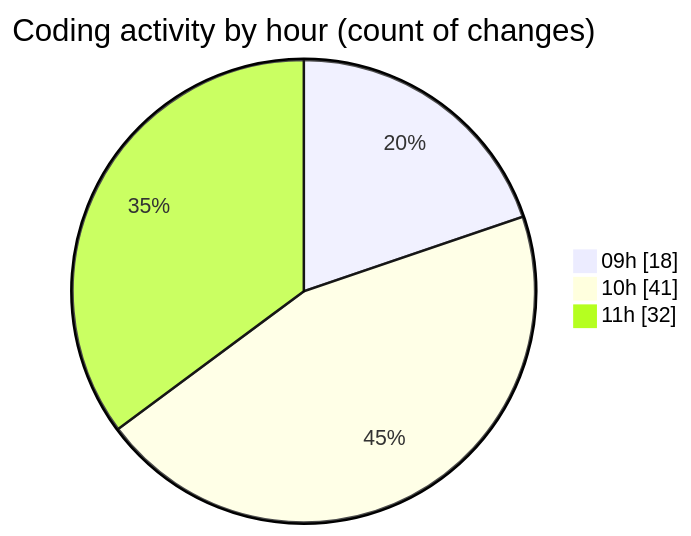
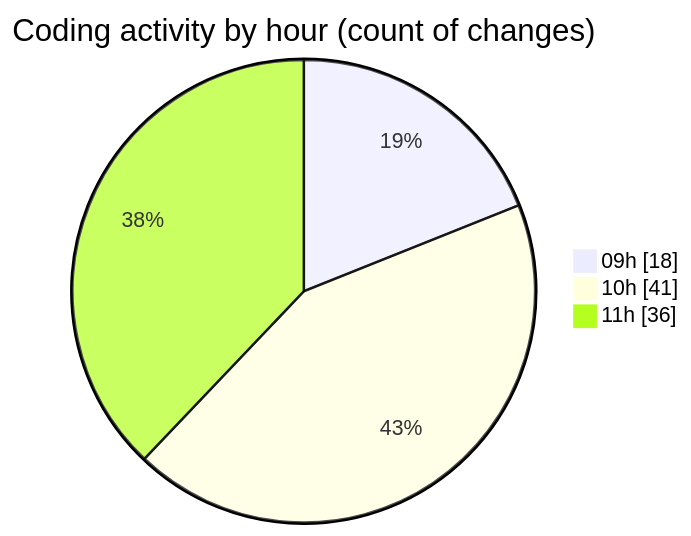
Before and after one commit to momahboobian/code-tracking: the second of 2 diagrams in 2025-02-11/cda/README.md, drawn with Mermaid. The commit also changed other lines of this file and 1 other file, not shown here.

````diff
--- a/2025-02-11/cda/README.md
+++ b/2025-02-11/cda/README.md
@@ -32,7 +32,7 @@
 ```mermaid
 pie showData
 title Coding activity by hour (count of changes)
 "09h" : 18
 "10h" : 41
-"11h" : 32
+"11h" : 36
 ```
````
